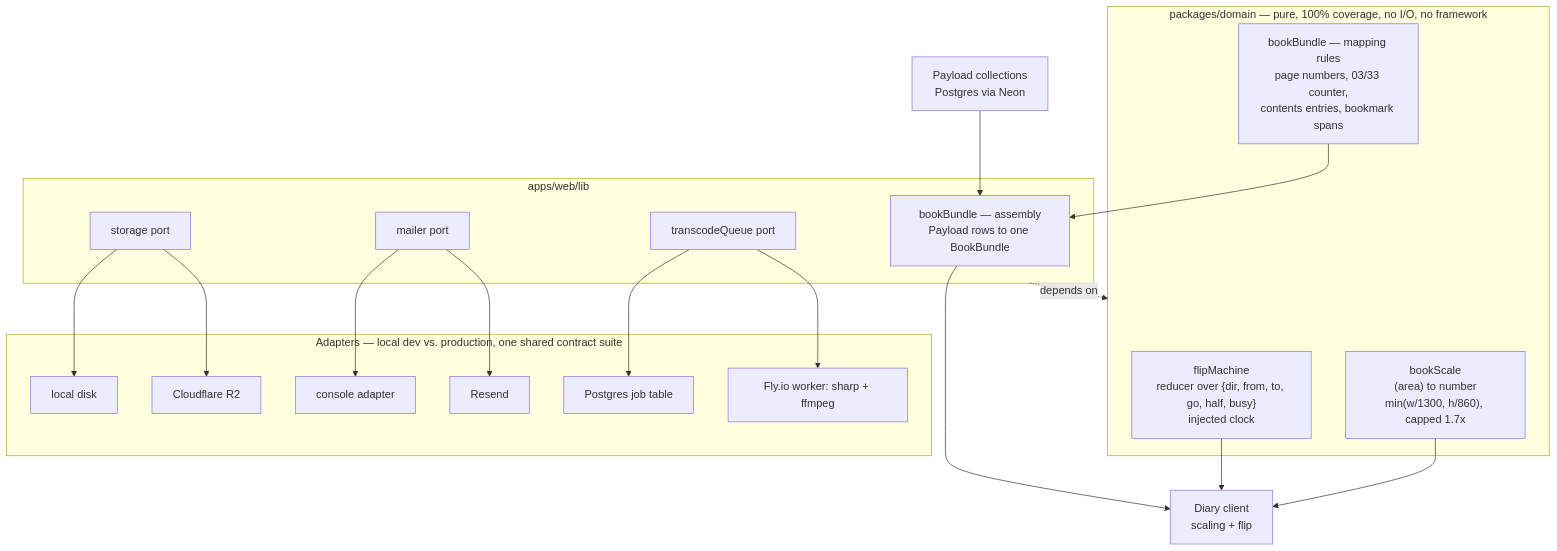
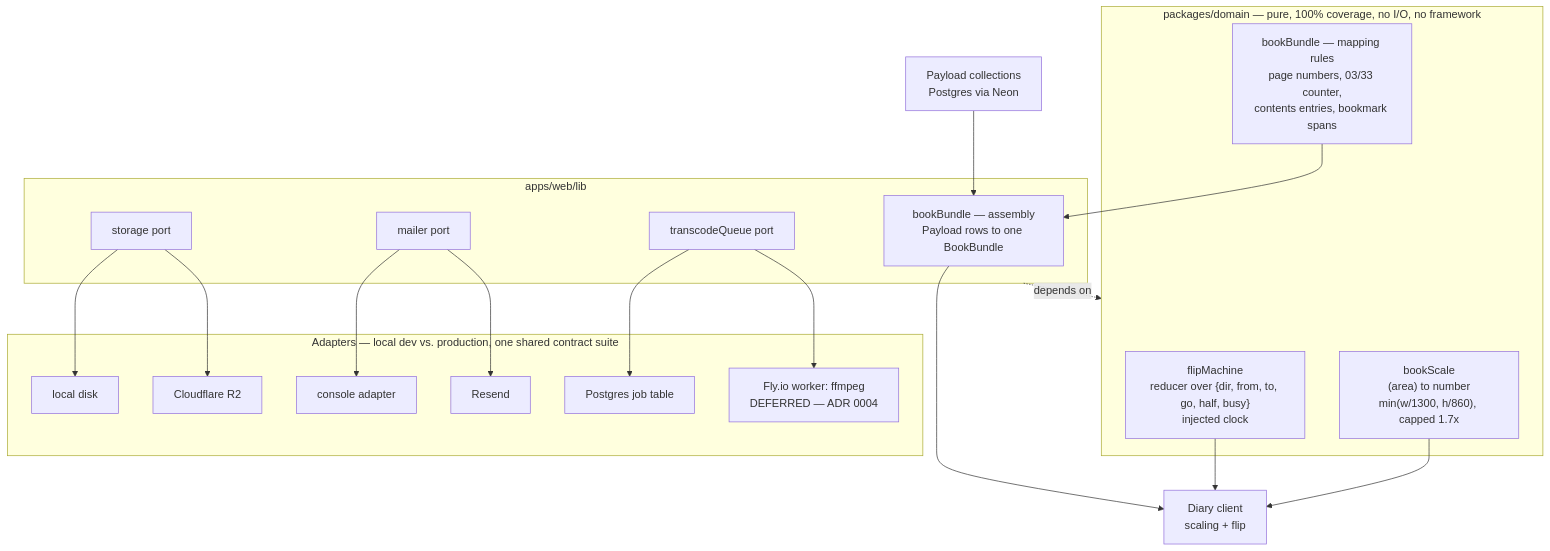
The diagram in docs/architecture.md (masumbillah3416/journal), drawn with Mermaid before and after one commit. The commit also changed other lines of this file and 7 other files, not shown here.

First line of the commit message:
docs(media): record the Fly.io transcode worker as deferred

````diff
--- a/docs/architecture.md
+++ b/docs/architecture.md
@@ -61,39 +61,39 @@
 ```mermaid
 flowchart TB
   subgraph domain["packages/domain — pure, 100% coverage, no I/O, no framework"]
     flipMachine["flipMachine<br/>reducer over {dir, from, to, go, half, busy}<br/>injected clock"]
     bookScale["bookScale<br/>(area) to number<br/>min(w/1300, h/860), capped 1.7x"]
     bookBundleDomain["bookBundle — mapping rules<br/>page numbers, 03/33 counter,<br/>contents entries, bookmark spans"]
   end
 
   subgraph webLib["apps/web/lib"]
     bookBundleWeb["bookBundle — assembly<br/>Payload rows to one BookBundle"]
     storagePort["storage port"]
     mailerPort["mailer port"]
     queuePort["transcodeQueue port"]
   end
 
   subgraph adapters["Adapters — local dev vs. production, one shared contract suite"]
     localDisk["local disk"]
     r2["Cloudflare R2"]
     consoleMail["console adapter"]
     resend["Resend"]
     pgQueue["Postgres job table"]
-    worker["Fly.io worker: sharp + ffmpeg"]
+    worker["Fly.io worker: ffmpeg<br/>DEFERRED — ADR 0004"]
   end
 
   payload["Payload collections<br/>Postgres via Neon"] --> bookBundleWeb
   bookBundleDomain --> bookBundleWeb
   bookBundleWeb --> diaryClient["Diary client<br/>scaling + flip"]
   flipMachine --> diaryClient
   bookScale --> diaryClient
 
   storagePort --> localDisk
   storagePort --> r2
   mailerPort --> consoleMail
   mailerPort --> resend
   queuePort --> pgQueue
   queuePort --> worker
 
   webLib -.->|depends on| domain
 ```
````
